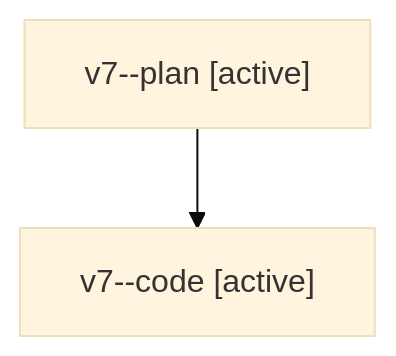
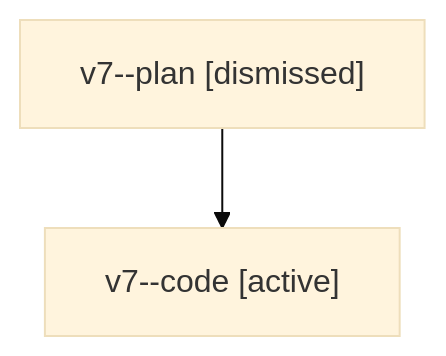
One commit to sase-org/sase--agents changed the diagram in sessions/bbugyi200.athena.v7.md. Above: the diagram before and after it, drawn with Mermaid (base theme). The commit also changed other lines of this file and 18 other files, not shown here.

````diff
--- a/sessions/bbugyi200.athena.v7.md
+++ b/sessions/bbugyi200.athena.v7.md
@@ -9,6 +9,6 @@
 ```mermaid
 flowchart TD
-  n0["v7--plan [active]"]
+  n0["v7--plan [dismissed]"]
   n1["v7--code [active]"]
   n0 --> n1
 ```
````
